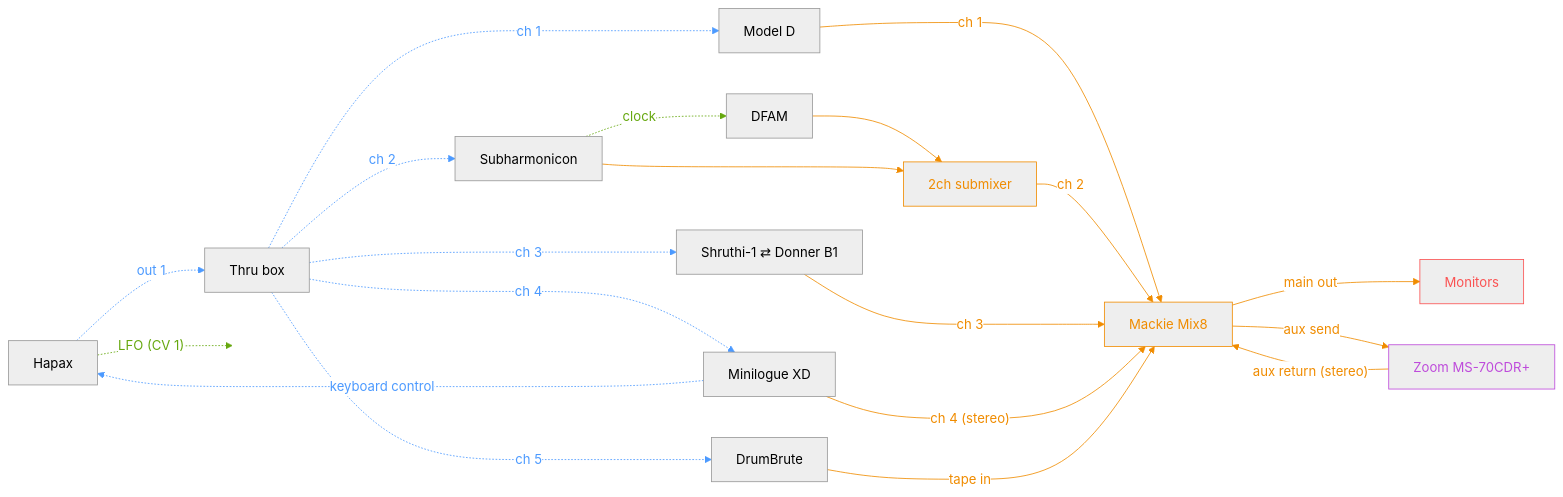
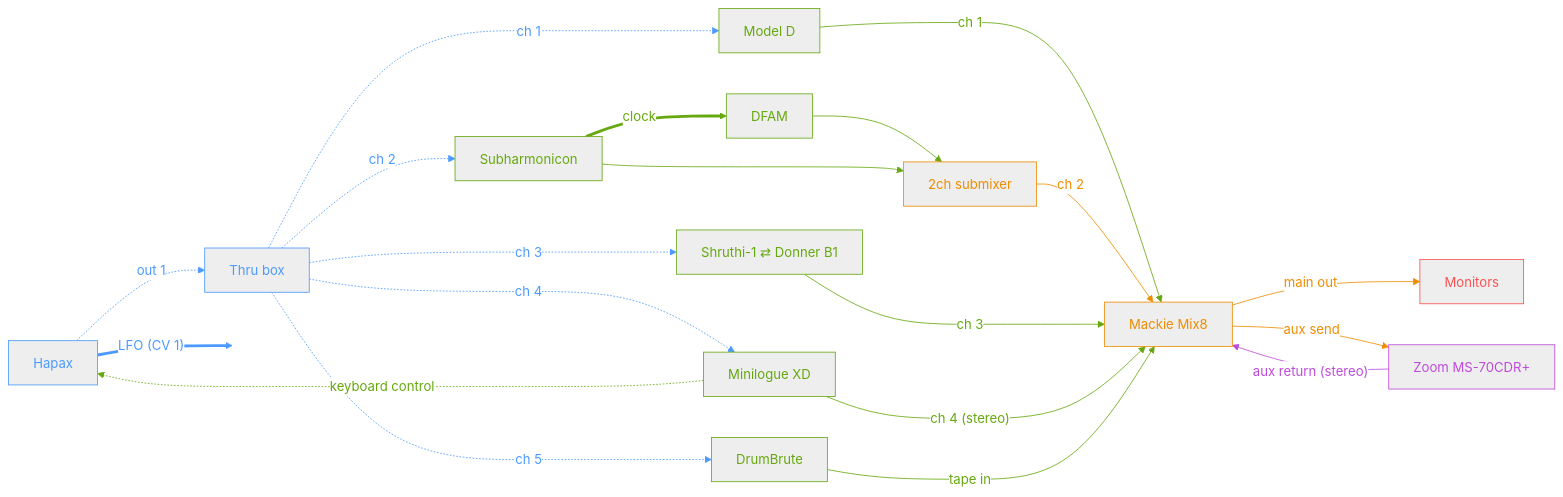
Before and after one commit to saponace/synth-setup: the diagram in README.md, drawn with Mermaid. The commit also changed other lines of this file, not shown here.

Commit message:
Rework color/style encoding: color = section, line style = signal type
Color now marks which logical section an edge originates from
(Sequencer/blue, Synths/green, Mixer/orange, FX/purple, Monitoring/red),
applied to node borders too. Line style now marks signal type: MIDI
dotted, CV/Gate/Clock thick, Audio solid. This replaces the previous
scheme where color alone encoded signal type.

````diff
--- a/README.md
+++ b/README.md
@@ -1,76 +1,78 @@
 ```mermaid
 ---
 config:
   theme: neutral
 ---
 flowchart LR
-    %% ----- One color per connection group -----
-    classDef midi stroke:#4c9aff,color:#4c9aff
-    classDef cv stroke:#66a80f,color:#66a80f
+    %% ----- One color per logical section; line style = signal type -----
+    classDef sequencer stroke:#4c9aff,color:#4c9aff
+    classDef synths stroke:#66a80f,color:#66a80f
     classDef mixer stroke:#f08c00,color:#f08c00
     classDef fx stroke:#be4bdb,color:#be4bdb
     classDef monitoring stroke:#fa5252,color:#fa5252
 
     %% ===== Sequencer brain =====
-    HAPAX["Hapax"]
-    SPLIT["Thru box"]
+    HAPAX["Hapax"]:::sequencer
+    SPLIT["Thru box"]:::sequencer
     SPARECV[" "]
     style SPARECV fill:none,stroke:none
 
     %% ===== Synths =====
-    MODELD["Model D"]
-    SUBH["Subharmonicon"]
-    SWAP["Shruthi-1 ⇄ Donner B1"]
-    XD["Minilogue XD"]
-    DBI["DrumBrute"]
-    DFAM["DFAM"]
+    MODELD["Model D"]:::synths
+    SUBH["Subharmonicon"]:::synths
+    SWAP["Shruthi-1 ⇄ Donner B1"]:::synths
+    XD["Minilogue XD"]:::synths
+    DBI["DrumBrute"]:::synths
+    DFAM["DFAM"]:::synths
 
     %% ===== Mixer / send  =====
     SUBMIX["2ch submixer"]:::mixer
     MIX["Mackie Mix8"]:::mixer
     MON["Monitors"]:::monitoring
     ZOOM["Zoom MS-70CDR+"]:::fx
 
-    %% ----- MIDI links -----
+    %% ----- MIDI links (dotted) -----
     HAPAX midi0@-. "out 1" .-> SPLIT
     SPLIT midi1@-. "ch 1" .-> MODELD
     SPLIT midi5@-. "ch 2" .-> SUBH
     SPLIT midi3@-. "ch 3" .-> SWAP
     SPLIT midi4@-. "ch 4" .-> XD
     SPLIT midi2@-. "ch 5" .-> DBI
     XD midi6@-. "keyboard control" .-> HAPAX
-    class midi0,midi1,midi2,midi3,midi4,midi5,midi6 midi
+    class midi0,midi1,midi2,midi3,midi4,midi5 sequencer
+    class midi6 synths
 
-    %% ----- CV links (pitch/mod) -----
-    HAPAX cv1@-. "LFO (CV 1)" .-> SPARECV
-    class cv1 cv
+    %% ----- CV/Gate/Clock links (thick) -----
+    HAPAX cv1@== "LFO (CV 1)" ==> SPARECV
+    class cv1 sequencer
 
-    %% ----- Clock links -----
-    SUBH clk1@-. "clock" .-> DFAM
-    class clk1 cv
+    SUBH clk1@== "clock" ==> DFAM
+    class clk1 synths
 
-    %% ----- Audio links -----
+    %% ----- Audio links (solid) -----
     %% (the ~~~ invisible links anchor each direct-to-mixer synth to
     %% the submixer's rank/column, keeping all six synths aligned since
     %% DFAM/Subharmonicon's longer path via the submixer would otherwise
     %% pull Mackie Mix8 further out and split the column)
     MODELD ~~~ SUBMIX
     DFAM audio1@--> SUBMIX
     MODELD audio3@-- "ch 1" --> MIX
     SUBH audio2@--> SUBMIX
     SUBMIX audio4@-- "ch 2" --> MIX
     SWAP audio5@-- "ch 3" --> MIX
     XD audio6@-- "ch 4 (stereo)" --> MIX
     DBI audio7@-- "tape in" --> MIX
     SWAP ~~~ SUBMIX
     XD ~~~ SUBMIX
     DBI ~~~ SUBMIX
-    class audio1,audio2,audio3,audio4,audio5,audio6,audio7 mixer
+    class audio1,audio2,audio3,audio5,audio6,audio7 synths
+    class audio4 mixer
 
     MIX out@-- "main out" --> MON
     class out mixer
 
     MIX fxSend@-- "aux send" --> ZOOM
+    class fxSend mixer
     ZOOM fxReturn@-- "aux return (stereo)" --> MIX
-    class fxSend,fxReturn mixer
+    class fxReturn fx
 ```
````
